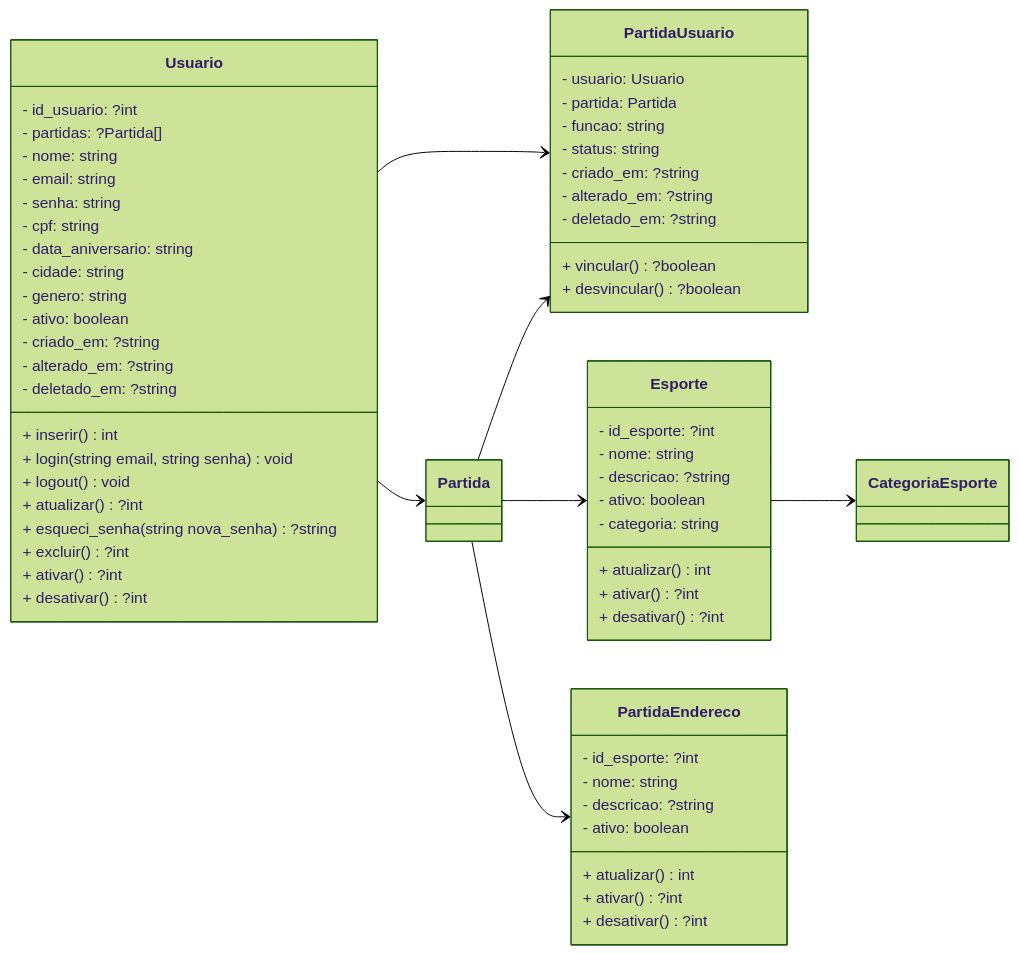
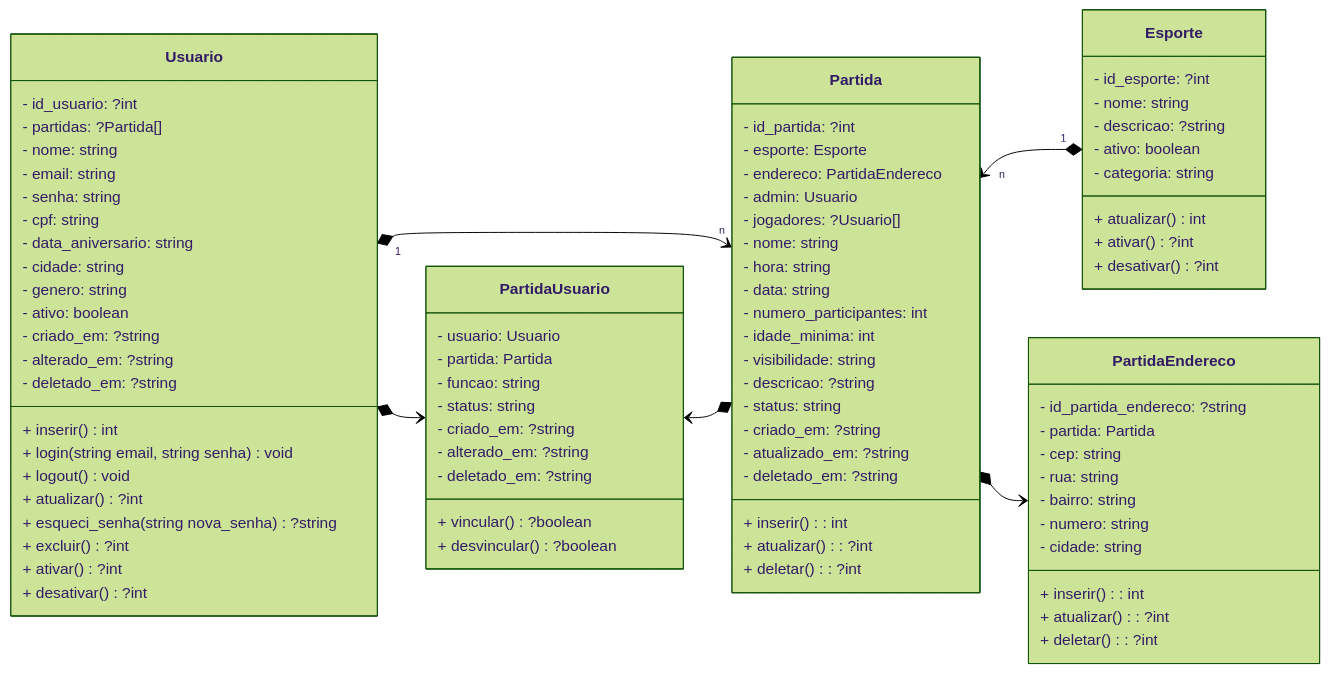
One commit to bora-rachao/bora-rachao changed the second of 2 diagrams in README.md. Above: the diagram before and after it, drawn with Mermaid (forest theme).

Commit message:
docs: Atualizando o Diagrama de Classes

````diff
--- a/README.md
+++ b/README.md
@@ -302,64 +302,85 @@
 classDiagram
 direction LR
     class Usuario {
-        - id_usuario: ?int
-        - partidas: ?Partida[]
-        - nome: string
-        - email: string
-        - senha: string
-        - cpf: string
-        - data_aniversario: string
-        - cidade: string
-        - genero: string
-        - ativo: boolean
-        - criado_em: ?string
-        - alterado_em: ?string
-        - deletado_em: ?string
-        + inserir() int
-        + login(string email, string senha) void
-        + logout() void
-        + atualizar() ?int
-        + esqueci_senha(string nova_senha) ?string
-        + excluir() ?int
-        + ativar() ?int
-        + desativar() ?int
+	    - id_usuario: ?int
+	    - partidas: ?Partida[]
+	    - nome: string
+	    - email: string
+	    - senha: string
+	    - cpf: string
+	    - data_aniversario: string
+	    - cidade: string
+	    - genero: string
+	    - ativo: boolean
+	    - criado_em: ?string
+	    - alterado_em: ?string
+	    - deletado_em: ?string
+	    + inserir() int
+	    + login(string email, string senha) void
+	    + logout() void
+	    + atualizar() ?int
+	    + esqueci_senha(string nova_senha) ?string
+	    + excluir() ?int
+	    + ativar() ?int
+	    + desativar() ?int
     }
     class PartidaUsuario {
-        - usuario: Usuario
-        - partida: Partida
-        - funcao: string
-        - status: string
-        - criado_em: ?string
-        - alterado_em: ?string
-        - deletado_em: ?string
-        + vincular() ?boolean
-        + desvincular() ?boolean
+	    - usuario: Usuario
+	    - partida: Partida
+	    - funcao: string
+	    - status: string
+	    - criado_em: ?string
+	    - alterado_em: ?string
+	    - deletado_em: ?string
+	    + vincular() ?boolean
+	    + desvincular() ?boolean
     }
     class Partida {
+	    - id_partida: ?int
+	    - esporte: Esporte
+	    - endereco: PartidaEndereco
+	    - admin: Usuario
+	    - jogadores: ?Usuario[]
+	    - nome: string
+	    - hora: string
+	    - data: string
+	    - numero_participantes: int
+	    - idade_minima: int
+	    - visibilidade: string
+	    - descricao: ?string
+	    - status: string
+	    - criado_em: ?string
+	    - atualizado_em: ?string
+	    - deletado_em: ?string
+	    + inserir() : int
+	    + atualizar() : ?int
+	    + deletar() : ?int
     }
     class Esporte {
-        - id_esporte: ?int
-        - nome: string
-        - descricao: ?string
-        - ativo: boolean
-        - categoria: string
-        + atualizar() int
-        + ativar() ?int
-        + desativar() ?int
+	    - id_esporte: ?int
+	    - nome: string
+	    - descricao: ?string
+	    - ativo: boolean
+	    - categoria: string
+	    + atualizar() int
+	    + ativar() ?int
+	    + desativar() ?int
     }
     class PartidaEndereco {
-        - id_esporte: ?int
-        - nome: string
-        - descricao: ?string
-        - ativo: boolean
-        + atualizar() int
-        + ativar() ?int
-        + desativar() ?int
+	    - id_partida_endereco: ?string
+	    - partida: Partida
+	    - cep: string
+	    - rua: string
+	    - bairro: string
+	    - numero: string
+	    - cidade: string
+	    + inserir() : int
+	    + atualizar() : ?int
+	    + deletar() : ?int
     }
-    Usuario -->  Partida
-    Usuario --> PartidaUsuario
-    Partida --> PartidaUsuario
-    Partida --> Esporte
-    Partida --> PartidaEndereco
-    Esporte --> CategoriaEsporte
+    Usuario "1" *--> "n" Partida
+    Usuario *--> PartidaUsuario
+    PartidaUsuario <--* Partida
+    Partida "n" <--* "1" Esporte
+    Partida *--> PartidaEndereco
 ```
````
